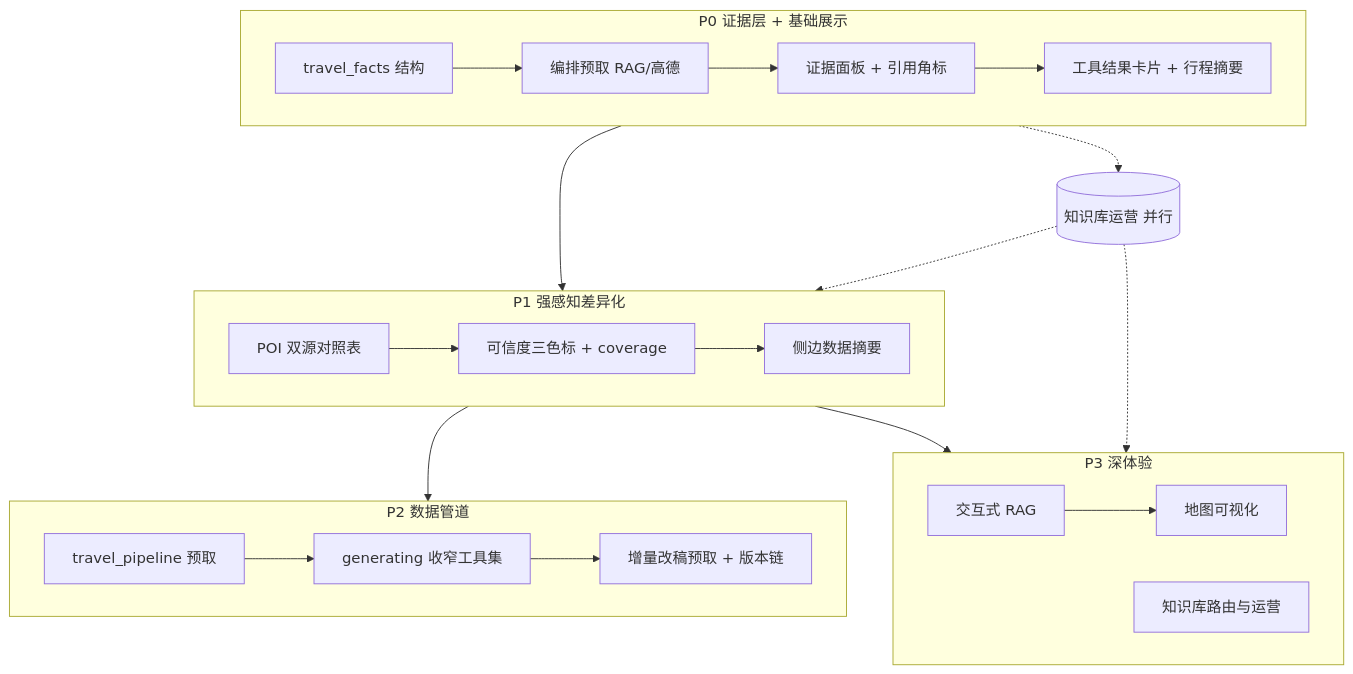
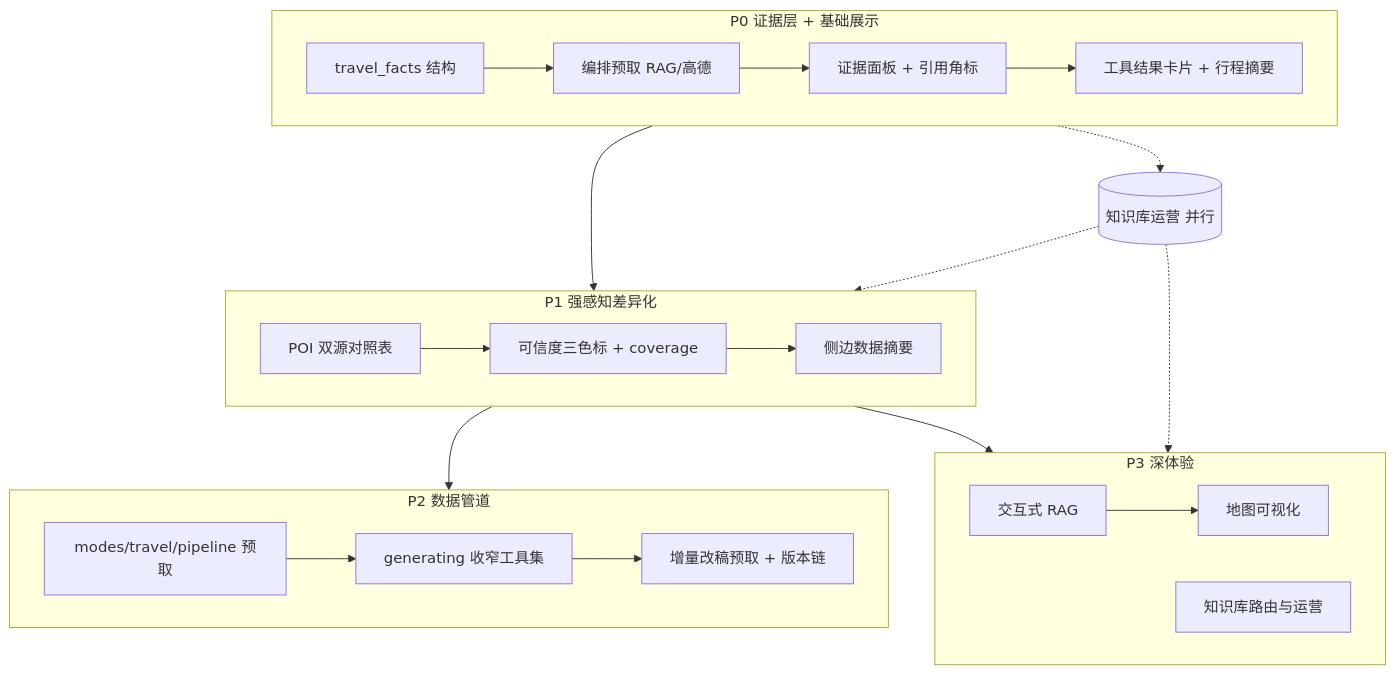
The diagram in agents-master/docs/test-analysis/MCP与RAG能力展示优化建议.md (fireloop0828/contextbridge-agent), drawn with Mermaid before and after one commit. The commit also changed other lines of this file and 9 other files, not shown here.

````diff
--- a/agents-master/docs/test-analysis/MCP与RAG能力展示优化建议.md
+++ b/agents-master/docs/test-analysis/MCP与RAG能力展示优化建议.md
@@ -363,39 +364,39 @@
 ```mermaid
 flowchart TB
     subgraph P0["P0 证据层 + 基础展示"]
         A1[travel_facts 结构]
         A2[编排预取 RAG/高德]
         A3[证据面板 + 引用角标]
         A4[工具结果卡片 + 行程摘要]
         A1 --> A2 --> A3 --> A4
     end
 
     subgraph P1["P1 强感知差异化"]
         B1[POI 双源对照表]
         B2[可信度三色标 + coverage]
         B3[侧边数据摘要]
         B1 --> B2 --> B3
     end
 
     subgraph P2["P2 数据管道"]
-        C1[travel_pipeline 预取]
+        C1[modes/travel/pipeline 预取]
         C2[generating 收窄工具集]
         C3[增量改稿预取 + 版本链]
         C1 --> C2 --> C3
     end
 
     subgraph P3["P3 深体验"]
         D1[交互式 RAG]
         D2[地图可视化]
         D3[知识库路由与运营]
         D1 --> D2
         D3
     end
 
     KB[(知识库运营 并行)]
     P0 --> P1 --> P2
     P1 --> P3
     P0 -.-> KB
     KB -.-> P1
     KB -.-> P3
 ```
````
